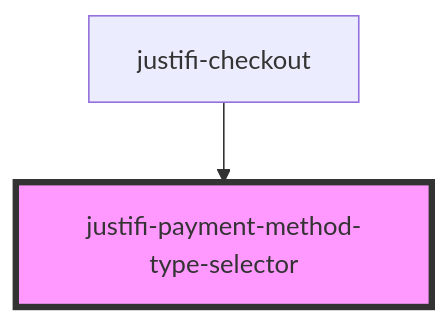
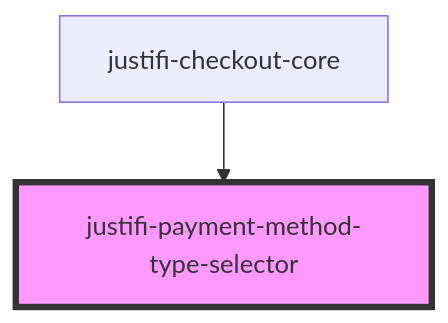
One commit to justifi-tech/web-component-library changed the diagram in packages/webcomponents/src/components/checkout/readme.md. Above: the diagram before and after it, drawn with Mermaid. The commit also changed other lines of this file and 6 other files, not shown here.

````diff
--- a/packages/webcomponents/src/components/checkout/readme.md
+++ b/packages/webcomponents/src/components/checkout/readme.md
@@ -60,5 +61,5 @@
 ```mermaid
 graph TD;
-  justifi-checkout --> justifi-payment-method-type-selector
+  justifi-checkout-core --> justifi-payment-method-type-selector
   style justifi-payment-method-type-selector fill:#f9f,stroke:#333,stroke-width:4px
 ```
````
